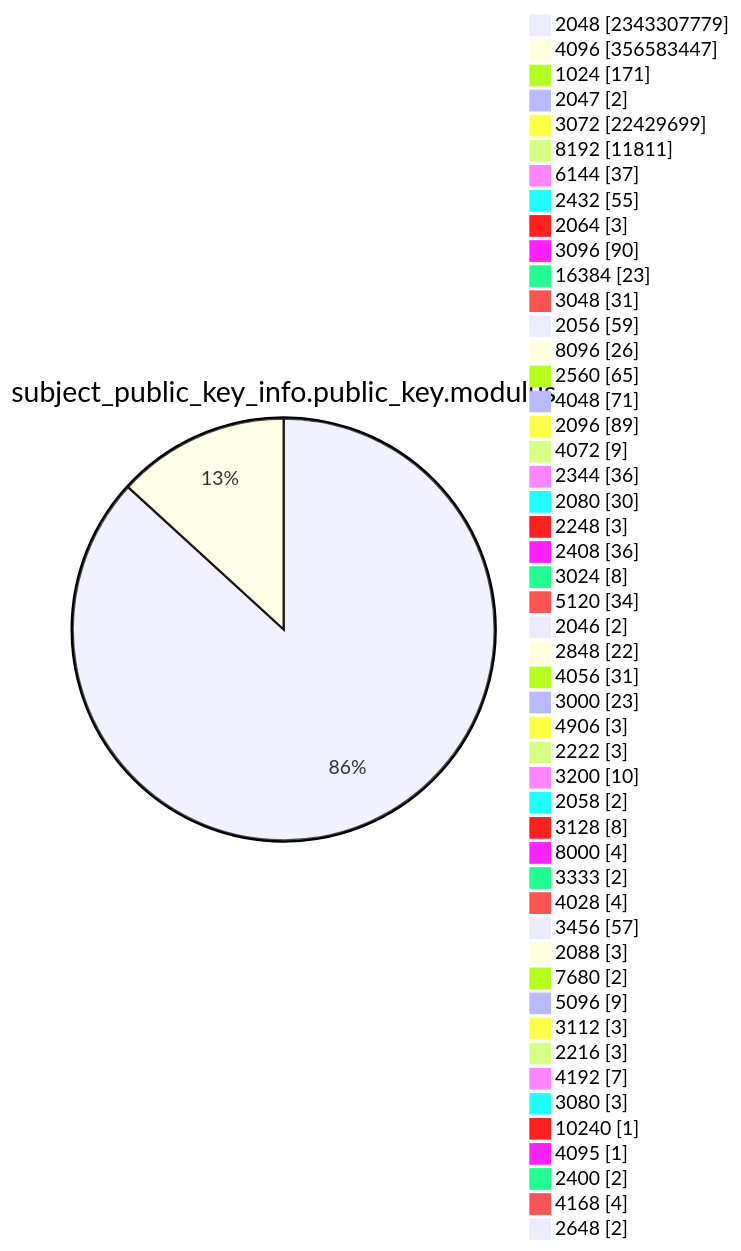
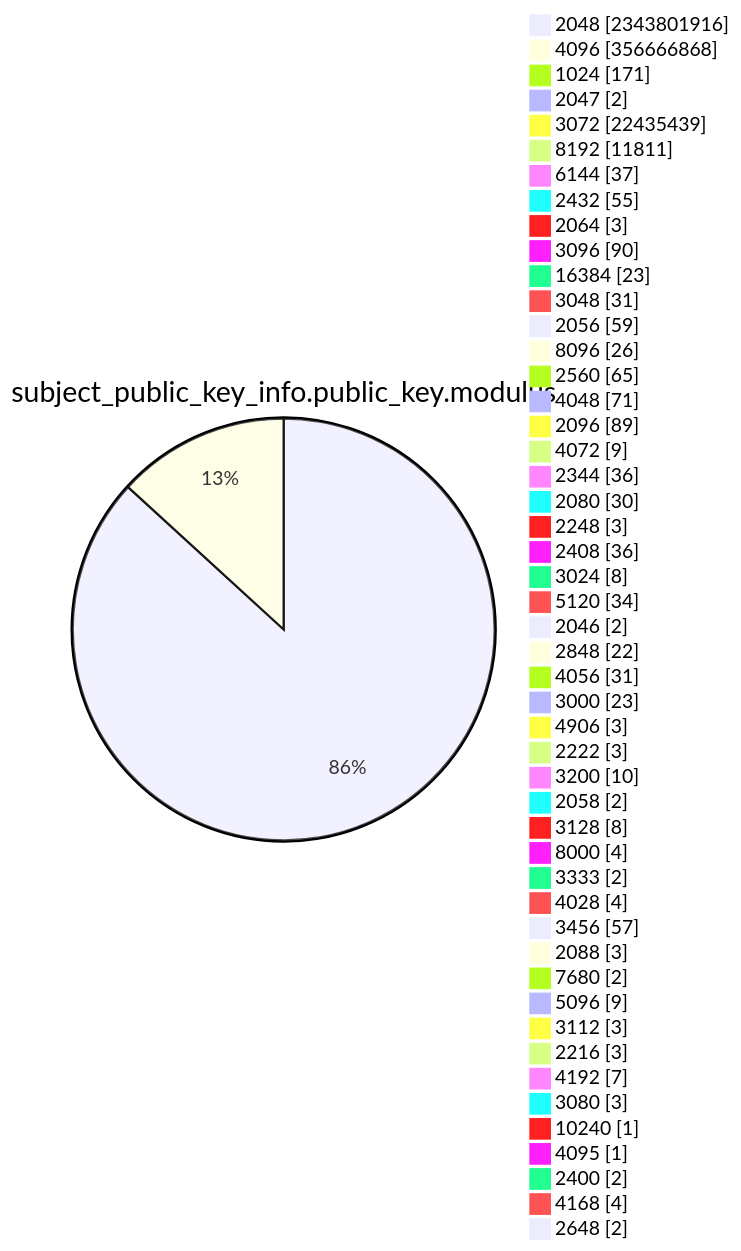
Diagram 13 of 15 in TOTAL/README.md (christiankrug/ctmonitor_visualization), drawn with Mermaid before and after one commit. The commit also changed other lines of this file, not shown here.

````diff
--- a/TOTAL/README.md
+++ b/TOTAL/README.md
@@ -4167,53 +4167,53 @@
 ```mermaid
 pie showData
 title subject_public_key_info.public_key.modulus
-"2048" :2343307779
-"4096" :356583447
+"2048" :2343801916
+"4096" :356666868
 "1024" :171
 "2047" :2
-"3072" :22429699
+"3072" :22435439
 "8192" :11811
 "6144" :37
 "2432" :55
 "2064" :3
 "3096" :90
 "16384" :23
 "3048" :31
 "2056" :59
 "8096" :26
 "2560" :65
 "4048" :71
 "2096" :89
 "4072" :9
 "2344" :36
 "2080" :30
 "2248" :3
 "2408" :36
 "3024" :8
 "5120" :34
 "2046" :2
 "2848" :22
 "4056" :31
 "3000" :23
 "4906" :3
 "2222" :3
 "3200" :10
 "2058" :2
 "3128" :8
 "8000" :4
 "3333" :2
 "4028" :4
 "3456" :57
 "2088" :3
 "7680" :2
 "5096" :9
 "3112" :3
 "2216" :3
 "4192" :7
 "3080" :3
 "10240" :1
 "4095" :1
 "2400" :2
 "4168" :4
 "2648" :2
 ```
````
